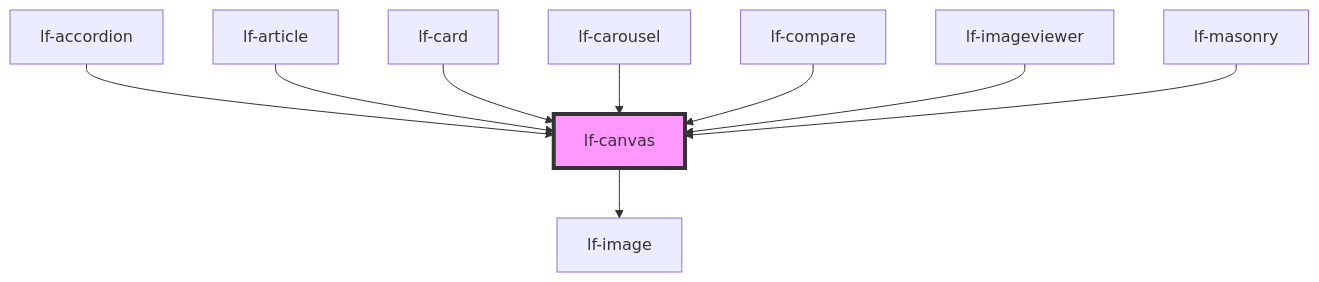
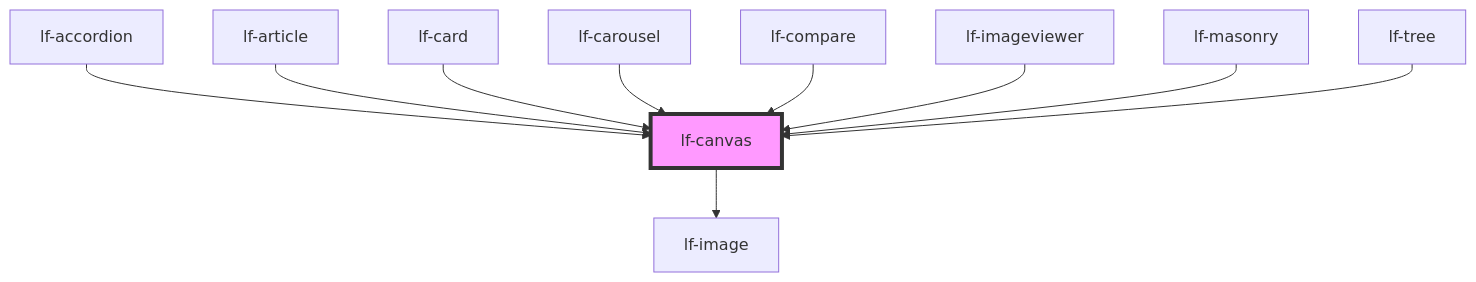
Before and after one commit to lucafoscili/lf-widgets: the diagram in packages/core/src/components/lf-canvas/readme.md, drawn with Mermaid. The commit also changed other lines of this file and 17 other files, not shown here.

````diff
--- a/packages/core/src/components/lf-canvas/readme.md
+++ b/packages/core/src/components/lf-canvas/readme.md
@@ -209,12 +210,13 @@
 ```mermaid
 graph TD;
   lf-canvas --> lf-image
   lf-accordion --> lf-canvas
   lf-article --> lf-canvas
   lf-card --> lf-canvas
   lf-carousel --> lf-canvas
   lf-compare --> lf-canvas
   lf-imageviewer --> lf-canvas
   lf-masonry --> lf-canvas
+  lf-tree --> lf-canvas
   style lf-canvas fill:#f9f,stroke:#333,stroke-width:4px
 ```
````
